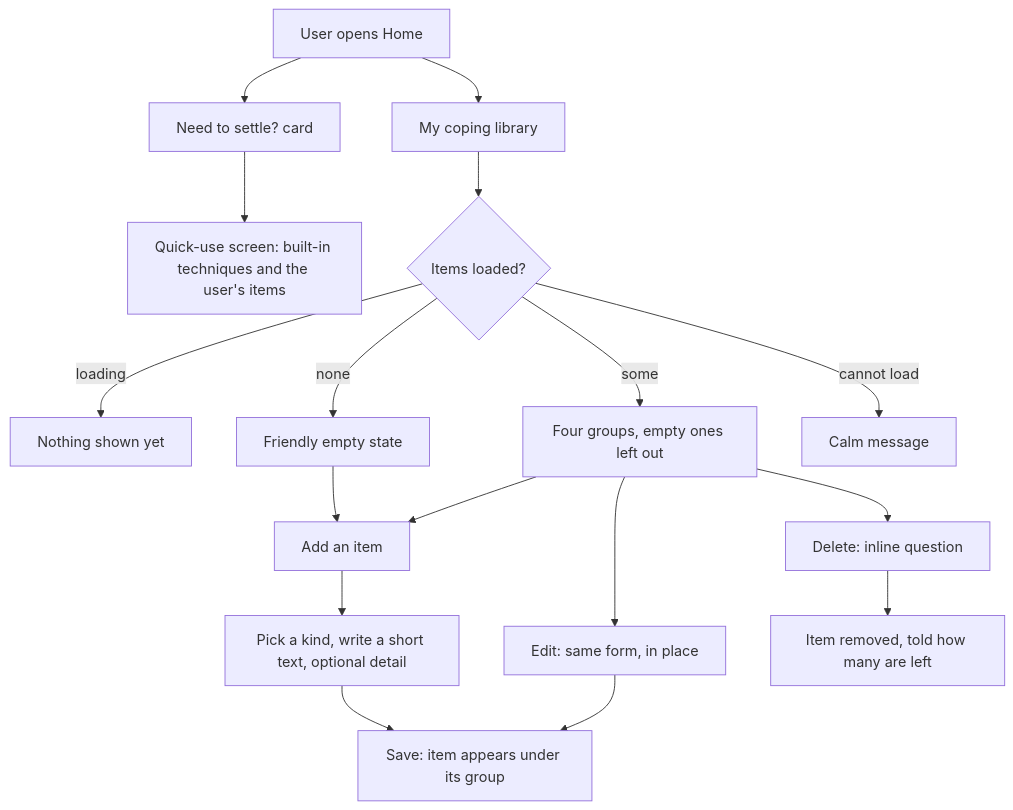
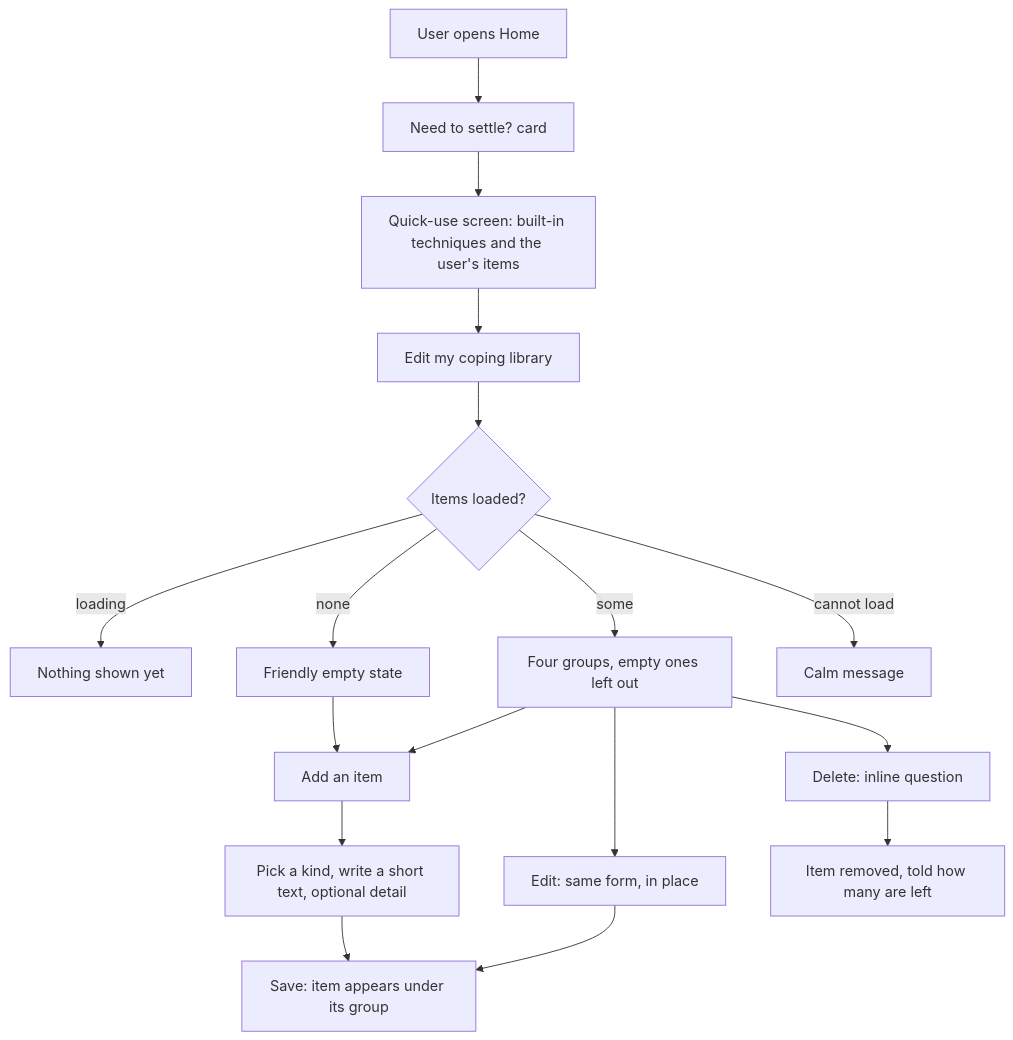
One commit to joshualauw/cebete changed the diagram in docs/specs/coping/spec.md. Above: the diagram before and after it, drawn with Mermaid. The commit also changed other lines of this file and 2 other files, not shown here.

Commit message:
docs: sync coping, app-shell and insights specs

````diff
--- a/docs/specs/coping/spec.md
+++ b/docs/specs/coping/spec.md
@@ -7,19 +7,19 @@
 ```mermaid
 flowchart TD
     A[User opens Home] --> S[Need to settle? card]
     S --> T[Quick-use screen: built-in techniques and the user's items]
-    A --> B[My coping library]
+    T --> B[Edit my coping library]
     B --> C{Items loaded?}
     C -- loading --> D[Nothing shown yet]
     C -- none --> E[Friendly empty state]
     C -- some --> F[Four groups, empty ones left out]
     C -- cannot load --> G[Calm message]
     E --> H[Add an item]
     F --> H
     H --> I[Pick a kind, write a short text, optional detail]
     I --> J[Save: item appears under its group]
     F --> K[Edit: same form, in place]
     K --> J
     F --> L[Delete: inline question]
     L --> M[Item removed, told how many are left]
 ```
````
